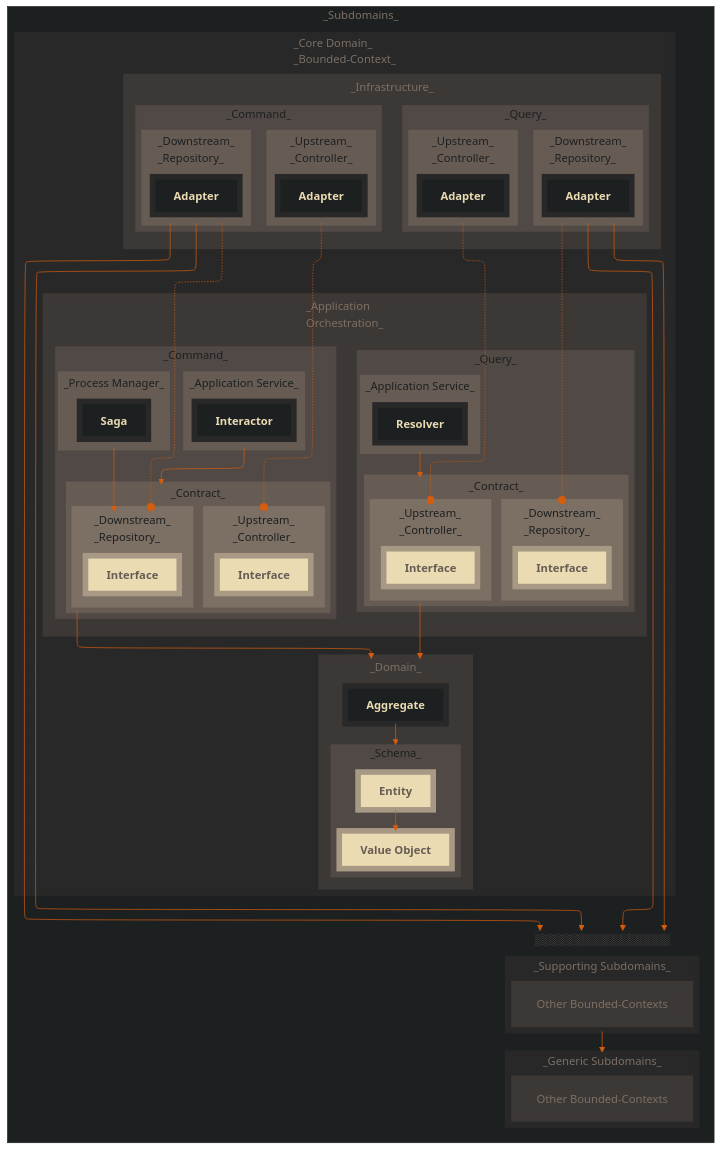
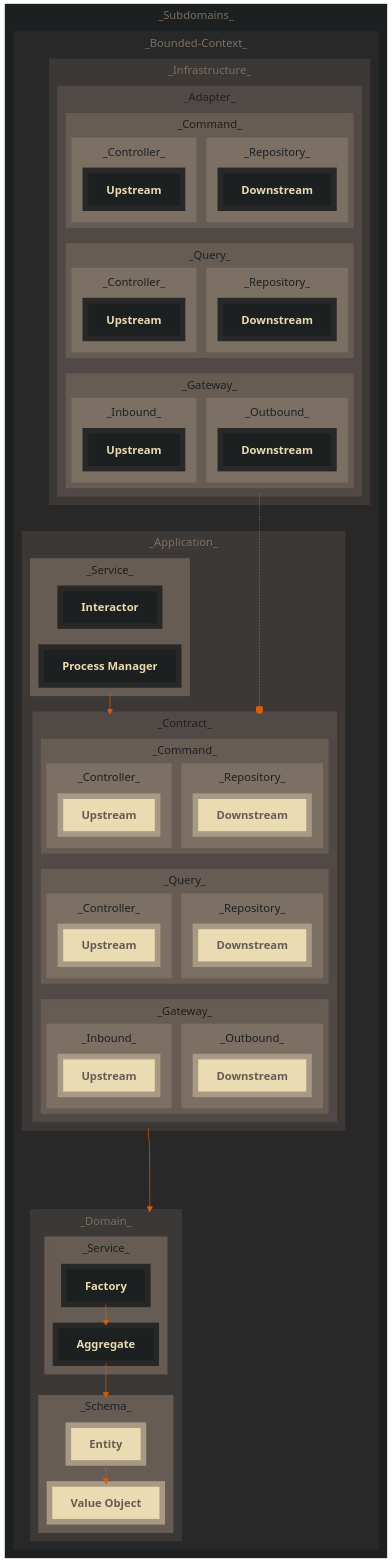
The diagram in diagrams/contextual-boundaries.mermaid (superhero/handbook), drawn with Mermaid before and after one commit. The commit also changed 7 other files, not shown here.

Commit message:
updated diagrams

```diff
--- a/diagrams/contextual-boundaries.mermaid
+++ b/diagrams/contextual-boundaries.mermaid
@@ -1,131 +1,179 @@
 ---
 
 config:
     layout: elk
     look: classic
     theme: base
     themeVariables:
         fontFamily: "monospace"
         lineColor: "#D65D0E"
 
 ---
 
 flowchart TB
     subgraph Subdomains["_Subdomains_"]
-        subgraph Core["_Core Domain_<br>_Bounded-Context_"]
+        subgraph Core["_Bounded-Context_"]
             subgraph Infrastructure["_Infrastructure_"]
-                subgraph InfrastructureQuery["_Query_"]
-                    subgraph InfrastructureQueryUpstream["_Upstream_<br>_Controller_"]
-                        InfrastructureQueryUpstreamAdapter[Adapter]
+                subgraph InfrastructureAdapter["_Adapter_"]
+                    subgraph InfrastructureCommand["_Command_"]
+                        direction LR
+
+                        subgraph InfrastructureCommandUpstream["_Controller_"]
+                            InfrastructureCommandUpstreamAdapter[Upstream]
+                        end
+
+                        subgraph InfrastructureCommandDownstream["_Repository_"]
+                            InfrastructureCommandDownstreamAdapter[Downstream]
+                        end
+
+                        InfrastructureCommandUpstream
+                        ~~~ InfrastructureCommandDownstream
                     end
 
-                    subgraph InfrastructureQueryDownstream["_Downstream_<br>_Repository_"]
-                        InfrastructureQueryDownstreamAdapter[Adapter]
-                    end
-                end
+                    subgraph InfrastructureQuery["_Query_"]
+                        direction LR
 
-                subgraph InfrastructureCommand["_Command_"]
-                    subgraph InfrastructureCommandUpstream["_Upstream_<br>_Controller_"]
-                        InfrastructureCommandUpstreamAdapter[Adapter]
+                        subgraph InfrastructureQueryUpstream["_Controller_"]
+                            InfrastructureQueryUpstreamAdapter[Upstream]
+                        end
+
+                        subgraph InfrastructureQueryDownstream["_Repository_"]
+                            InfrastructureQueryDownstreamAdapter[Downstream]
+                        end
+
+                        InfrastructureQueryUpstream
+                        ~~~ InfrastructureQueryDownstream
                     end
 
-                    subgraph InfrastructureCommandDownstream["_Downstream_<br>_Repository_"]
-                        InfrastructureCommandDownstreamAdapter[Adapter]
+                    subgraph InfrastructureGateway["_Gateway_"]
+                        direction LR
+
+                        subgraph InfrastructureGatewayUpstream["_Inbound_"]
+                            InfrastructureGatewayUpstreamAdapter[Upstream]
+                        end
+
+                        subgraph InfrastructureGatewayDownstream["_Outbound_"]
+                            InfrastructureGatewayDownstreamAdapter[Downstream]
+                        end
+
+                        InfrastructureGatewayUpstream
+                        ~~~ InfrastructureGatewayDownstream
                     end
+
+                    InfrastructureCommand
+                    ~~~ InfrastructureQuery
+                    ~~~ InfrastructureGateway
                 end
             end
 
-            subgraph Application["_Application<br>Orchestration_"]
-                subgraph ApplicationQuery["_Query_"]
-                    subgraph QueryApplicationService["_Application Service_"]
-                        Resolver:::implementation
+            subgraph Application["_Application_"]
+                subgraph ApplicationContract["_Contract_"]
+                    subgraph ApplicationCommand["_Command_"]
+                        direction LR
+
+                        subgraph ApplicationCommandContractUpstream["_Controller_"]
+                            ApplicationCommandContractUpstreamInterface[Upstream]
+                        end
+
+                        subgraph ApplicationCommandContractDownstream["_Repository_"]
+                            ApplicationCommandContractDownstreamInterface[Downstream]
+                        end
+
+                        ApplicationCommandContractUpstream
+                        ~~~ ApplicationCommandContractDownstream
                     end
 
-                    subgraph ApplicationQueryContract["_Contract_"]
-                        subgraph ApplicationQueryContractUpstream["_Upstream_<br>_Controller_"]
-                            ApplicationQueryContractUpstreamInterface[Interface]
+                    subgraph ApplicationQuery["_Query_"]
+                        direction LR
+
+                        subgraph ApplicationQueryContractUpstream["_Controller_"]
+                            ApplicationQueryContractUpstreamInterface[Upstream]
                         end
 
-                        subgraph ApplicationQueryContractDownstream["_Downstream_<br>_Repository_"]
-                            ApplicationQueryContractDownstreamInterface[Interface]
+                        subgraph ApplicationQueryContractDownstream["_Repository_"]
+                            ApplicationQueryContractDownstreamInterface[Downstream]
                         end
+
+                        ApplicationQueryContractUpstream
+                        ~~~ ApplicationQueryContractDownstream
                     end
+
+                    subgraph ApplicationGateway["_Gateway_"]
+                        direction LR
+
+                        subgraph ApplicationGatewayInbound["_Inbound_"]
+                            ApplicationGatewayUpstream[Upstream]
+                        end
+
+                        subgraph ApplicationGatewayOutbound["_Outbound_"]
+                            ApplicationGatewayDownstream[Downstream]
+                        end
+
+                        ApplicationGatewayInbound
+                        ~~~ ApplicationGatewayOutbound
+                    end
+
+                    ApplicationCommand
+                    ~~~ ApplicationQuery
+                    ~~~ ApplicationGateway
                 end
 
-                subgraph ApplicationCommand["_Command_"]
-                    subgraph CommandApplicationService["_Application Service_"]
-                        Interactor[Interactor]:::implementation
-                    end
-
-                    subgraph ApplicationCommandProcess["_Process Manager_"]
-                        ApplicationCommandProcessSaga[Saga]
-                    end
-
-                    subgraph ApplicationCommandContract["_Contract_"]
-                        subgraph ApplicationCommandContractUpstream["_Upstream_<br>_Controller_"]
-                            ApplicationCommandContractUpstreamInterface[Interface]
-                        end
-
-                        subgraph ApplicationCommandContractDownstream["_Downstream_<br>_Repository_"]
-                            ApplicationCommandContractDownstreamInterface[Interface]
-                        end
-                    end
+                subgraph ApplicationService["_Service_"]
+                    Interactor[Interactor]:::implementation
+                    ~~~ ProcessManager["Process Manager"]:::implementation
                 end
             end
 
             subgraph Domain[_Domain_]
-                DomainAggregate[Aggregate] --> DomainSchema
+                subgraph DomainService[_Service_]
+                    DomainFactory[Factory]
+                    --> DomainAggregate[Aggregate]
+                end
+
                 subgraph DomainSchema[_Schema_]
                     DomainEntity[Entity] --> DomainValueObject[Value Object]
                 end
+
+                DomainAggregate --> DomainSchema
             end
 
-            CommandApplicationService   --> ApplicationCommandContract
-            QueryApplicationService     --> ApplicationQueryContract
+            Application ~~~~ Domain
+            Application ~~~~ Domain
+            Application ~~~~ Domain
+            Application ~~~~ Domain
+            Application ~~~~ Domain
+            Application ~~~~ Domain
+            Application ~~~~ Domain
+            Application ~~~~ Domain
+            Application ~~~~ Domain
+            Application ~~~~ Domain
+            Application ~~~~ Domain
+            Application ~~~~ Domain
+            Application ~~~~ Domain
+            Application ---> Domain
 
-            InfrastructureCommandDownstream -.-o ApplicationCommandContractDownstream
-            InfrastructureCommandUpstream   -.-o ApplicationCommandContractUpstream
-            InfrastructureQueryDownstream   -.-o ApplicationQueryContractDownstream
-            InfrastructureQueryUpstream     -.-o ApplicationQueryContractUpstream
-
-            ApplicationCommandProcess   --> ApplicationCommandContractDownstream
-            ApplicationQueryContract    --> Domain
-            ApplicationCommandContract  --> Domain
+            ApplicationService    ---> ApplicationContract
+            InfrastructureAdapter -.-o ApplicationContract
+            InfrastructureAdapter ~~~~ ApplicationContract
         end
-
-        subgraph SubdomainsGroup["░░░░░░░░░░░░░░░░░"]
-            subgraph SupportingSubdomains["_Supporting Subdomains_"]
-                SupportingSubDomainsBoundedContexts["Other Bounded-Contexts"]
-            end
-
-            subgraph GenericSubdomains[_Generic Subdomains_]
-                GenericSubdomainsBoundedContexts[Other Bounded-Contexts]
-            end
-        end
-
-        InfrastructureQueryDownstream   --> SubdomainsGroup
-        InfrastructureCommandDownstream --> SubdomainsGroup
-        InfrastructureQueryDownstream   --> SubdomainsGroup
-        InfrastructureCommandDownstream --> SubdomainsGroup
-        SupportingSubdomains            --> GenericSubdomains
     end
 
-    classDef nsDepth_1 fill:#1D2021,stroke:#1D2021,color:#7C6F64
-    classDef nsDepth_2 fill:#282828,stroke:#282828,color:#7C6F64,stroke-width:6px
-    classDef nsDepth_3 fill:#3C3836,stroke:#3C3836,color:#7C6F64,stroke-width:12px
-    classDef nsDepth_4 fill:#504945,stroke:#504945,color:#1D2021
+    classDef nsDepth_1 fill:#1D2021,stroke:#1D2021,color:#7C6F64,stroke-width:8px
+    classDef nsDepth_2 fill:#282828,stroke:#282828,color:#7C6F64,stroke-width:8px
+    classDef nsDepth_3 fill:#3C3836,stroke:#3C3836,color:#7C6F64,stroke-width:8px
+    classDef nsDepth_4 fill:#504945,stroke:#504945,color:#1D2021,stroke-width:8px
     classDef nsDepth_5 fill:#665C54,stroke:#665C54,color:#1D2021,stroke-width:8px
     classDef nsDepth_6 fill:#7C6F64,stroke:#7C6F64,color:#1D2021,stroke-width:16px
     
     classDef implementation fill:#1D2021,stroke:#282828,font-weight:bold,stroke-width:8px,color:#EBDBB2
     classDef contract fill:#EBDBB2,stroke:#A89984,font-weight:bold,stroke-width:8px,color:#665C54
 
     class Subdomains,SubdomainsGroup nsDepth_1
     class Core,SupportingSubdomains,GenericSubdomains nsDepth_2
     class Infrastructure,Application,Domain,SupportingSubDomainsBoundedContexts,GenericSubdomainsBoundedContexts nsDepth_3
-    class DomainSchema,InfrastructureQuery,InfrastructureCommand,ApplicationQuery,ApplicationCommand nsDepth_4
-    class InfrastructureCommandDownstream,InfrastructureCommandUpstream,InfrastructureQueryDownstream,InfrastructureQueryUpstream,ApplicationQueryContract,ApplicationCommandProcess,ApplicationCommandContract,CommandApplicationService,QueryApplicationService nsDepth_5
-    class ApplicationQueryContractUpstream,ApplicationQueryContractDownstream,ApplicationCommandContractUpstream,ApplicationCommandContractDownstream nsDepth_6
+    class InfrastructureAdapter,ApplicationContract nsDepth_4
+    class DomainService,DomainSchema,InfrastructureQuery,InfrastructureCommand,InfrastructureGateway,ApplicationService,ApplicationQuery,ApplicationCommand,ApplicationGateway nsDepth_5
+    class InfrastructureCommandDownstream,InfrastructureCommandUpstream,InfrastructureQueryDownstream,InfrastructureQueryUpstream,InfrastructureGatewayUpstream,InfrastructureGatewayDownstream,ApplicationQueryContractUpstream,ApplicationQueryContractDownstream,ApplicationCommandContractUpstream,ApplicationCommandContractDownstream,ApplicationGatewayInbound,ApplicationGatewayOutbound nsDepth_6
     
-    class DomainEntity,DomainValueObject,ApplicationQueryContractUpstreamInterface,ApplicationQueryContractDownstreamInterface,ApplicationCommandContractUpstreamInterface,ApplicationCommandContractDownstreamInterface contract
-    class InfrastructureQueryUpstreamAdapter,InfrastructureQueryDownstreamAdapter,InfrastructureCommandUpstreamAdapter,InfrastructureCommandDownstreamAdapter,ApplicationCommandProcessSaga,DomainAggregate implementation
+    class DomainEntity,DomainValueObject,ApplicationQueryContractUpstreamInterface,ApplicationQueryContractDownstreamInterface,ApplicationCommandContractUpstreamInterface,ApplicationCommandContractDownstreamInterface,ApplicationGatewayUpstream,ApplicationGatewayDownstream contract
+    class InfrastructureQueryUpstreamAdapter,InfrastructureQueryDownstreamAdapter,InfrastructureCommandUpstreamAdapter,InfrastructureCommandDownstreamAdapter,DomainFactory,DomainAggregate,InfrastructureGatewayUpstreamAdapter,InfrastructureGatewayDownstreamAdapter implementation
```
